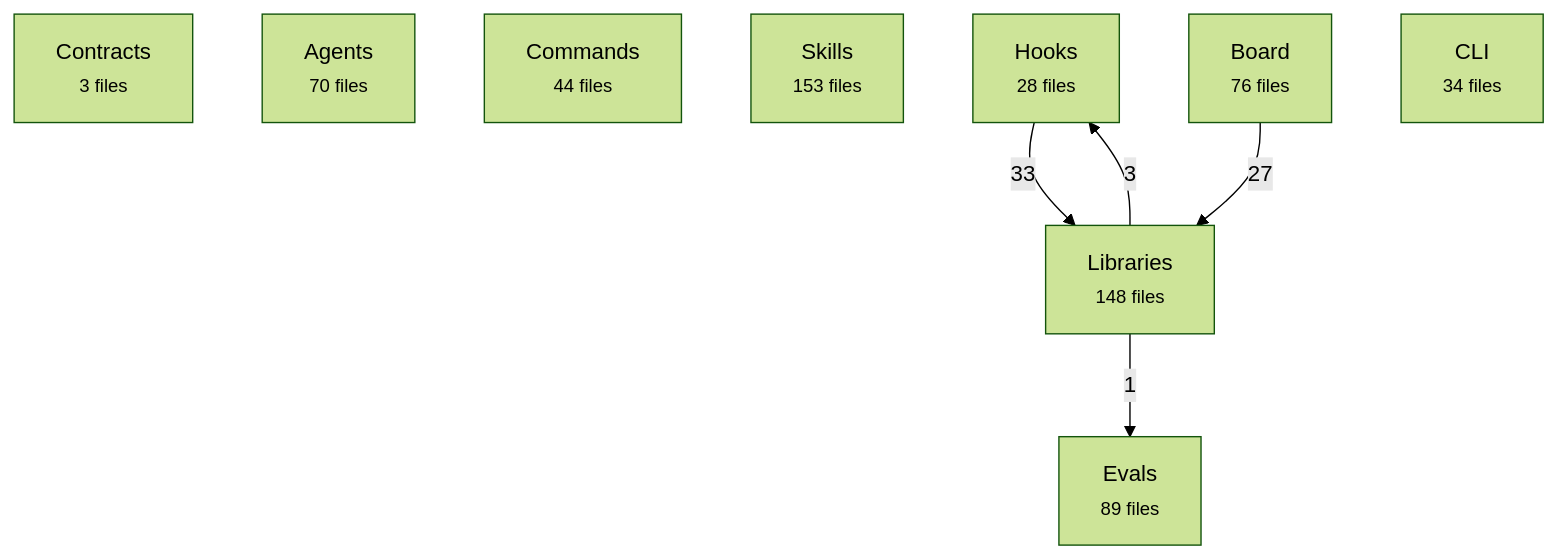
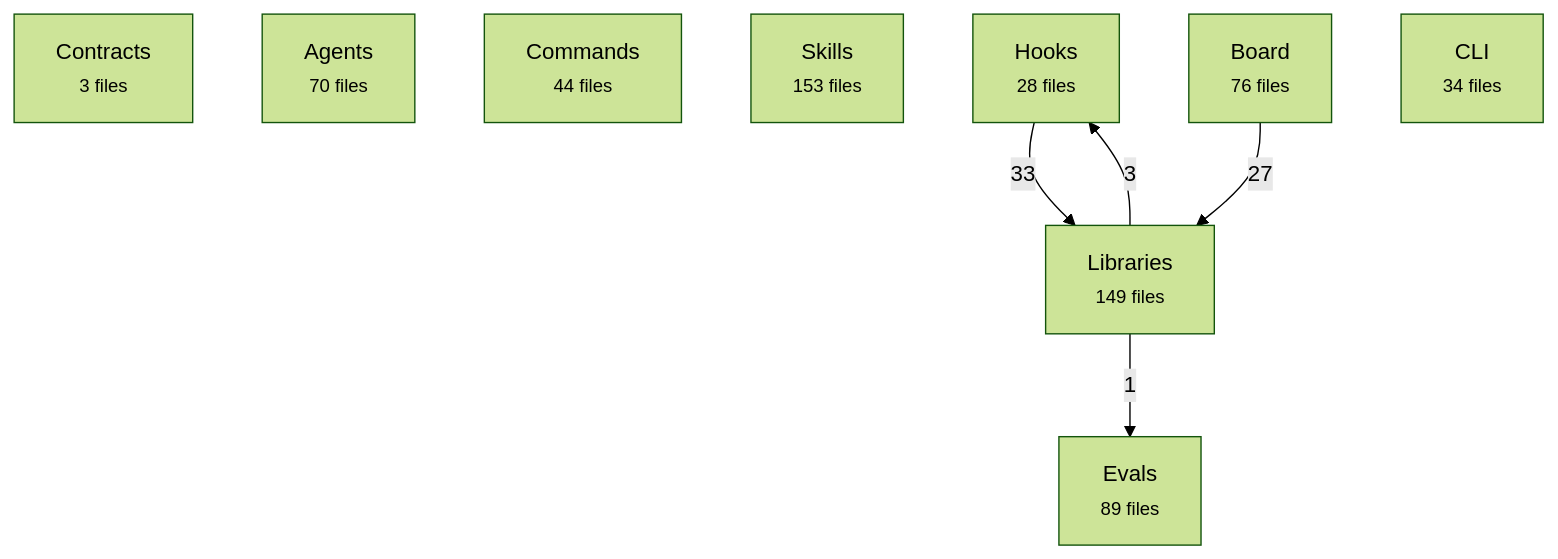
One commit to avelikiy/great_cto changed the first of 2 diagrams in docs/reference/architecture-map.md. Above: the diagram before and after it, drawn with Mermaid (forest theme). The commit also changed other lines of this file and 8 other files, not shown here.

````diff
--- a/docs/reference/architecture-map.md
+++ b/docs/reference/architecture-map.md
@@ -20,16 +20,16 @@
 ```mermaid
 flowchart TD
   contracts["Contracts<br/><small>3 files</small>"]
   agents["Agents<br/><small>70 files</small>"]
   commands["Commands<br/><small>44 files</small>"]
   skills["Skills<br/><small>153 files</small>"]
   hooks["Hooks<br/><small>28 files</small>"]
-  libs["Libraries<br/><small>148 files</small>"]
+  libs["Libraries<br/><small>149 files</small>"]
   board["Board<br/><small>76 files</small>"]
   cli["CLI<br/><small>34 files</small>"]
   evals["Evals<br/><small>89 files</small>"]
   hooks -->|33| libs
   board -->|27| libs
   libs -->|3| hooks
   libs -->|1| evals
 ```
````
